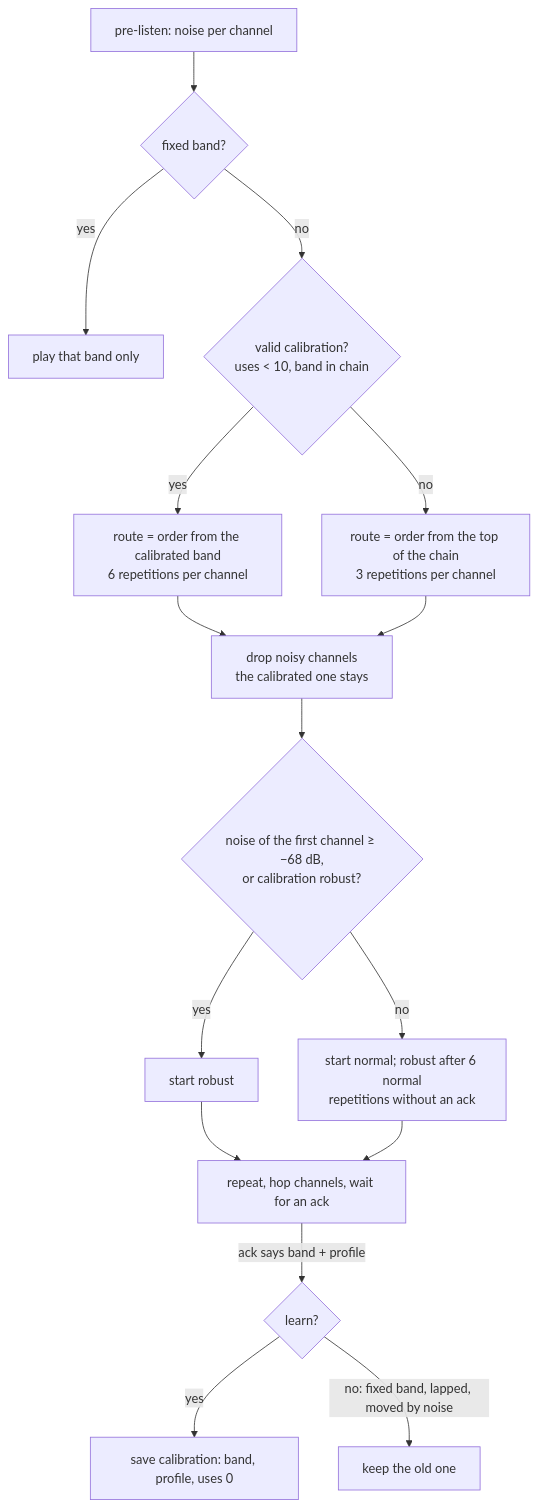
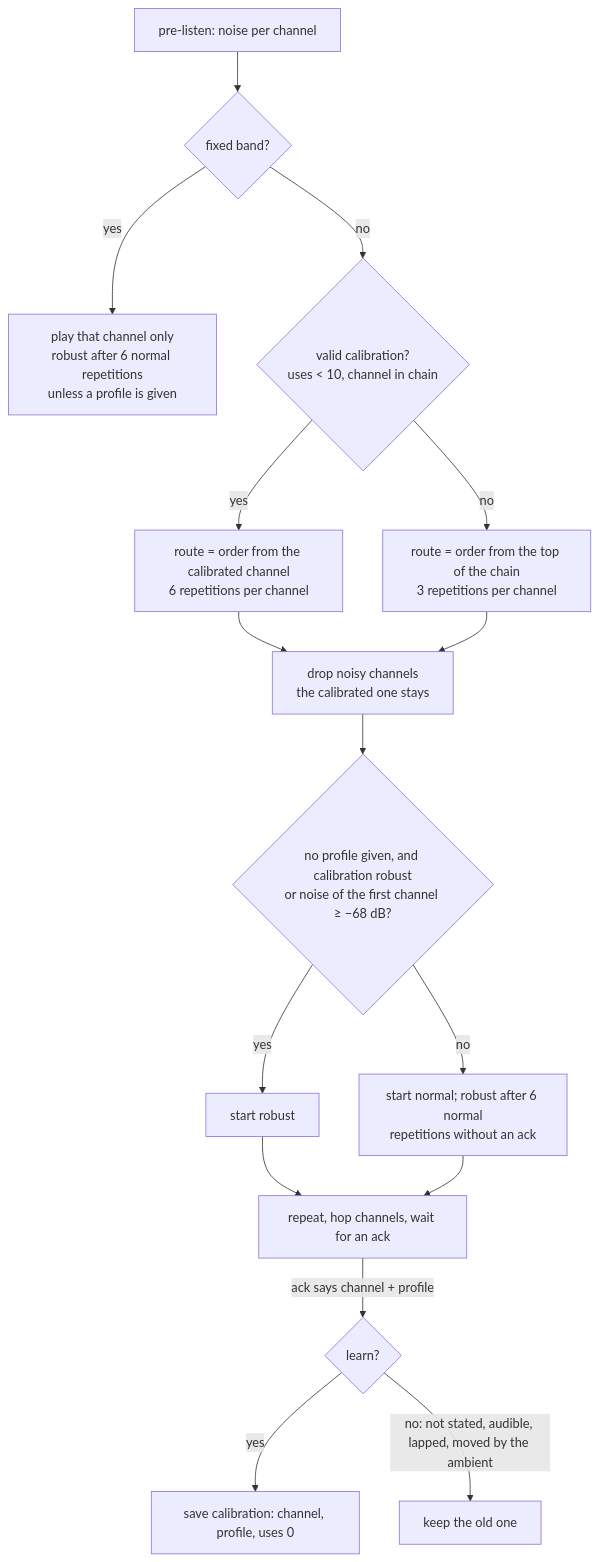
Before and after one commit to beaglecoder/bysound: the fourth of 7 diagrams in docs/SESSION.md, drawn with Mermaid. The commit also changed other lines of this file and 96 other files, not shown here.

````diff
--- a/docs/SESSION.md
+++ b/docs/SESSION.md
@@ -379,18 +385,18 @@
 ```mermaid
 flowchart TD
   A[pre-listen: noise per channel] --> B{fixed band?}
-  B -- yes --> F[play that band only]
-  B -- no --> C{valid calibration?<br/>uses < 10, band in chain}
-  C -- yes --> D[route = order from the calibrated band<br/>6 repetitions per channel]
+  B -- yes --> F[play that channel only<br/>robust after 6 normal repetitions<br/>unless a profile is given]
+  B -- no --> C{valid calibration?<br/>uses < 10, channel in chain}
+  C -- yes --> D[route = order from the calibrated channel<br/>6 repetitions per channel]
   C -- no --> E[route = order from the top of the chain<br/>3 repetitions per channel]
   D --> G[drop noisy channels<br/>the calibrated one stays]
   E --> G
-  G --> H{noise of the first channel ≥ −68 dB,<br/>or calibration robust?}
+  G --> H{no profile given, and calibration robust<br/>or noise of the first channel ≥ −68 dB?}
   H -- yes --> I[start robust]
   H -- no --> J[start normal; robust after 6 normal<br/>repetitions without an ack]
   I --> K[repeat, hop channels, wait for an ack]
   J --> K
-  K -- ack says band + profile --> L{learn?}
-  L -- yes --> M[save calibration: band, profile, uses 0]
-  L -- no: fixed band, lapped, moved by noise --> N[keep the old one]
+  K -- ack says channel + profile --> L{learn?}
+  L -- yes --> M[save calibration: channel, profile, uses 0]
+  L -- no: not stated, audible, lapped, moved by the ambient --> N[keep the old one]
 ```
````
